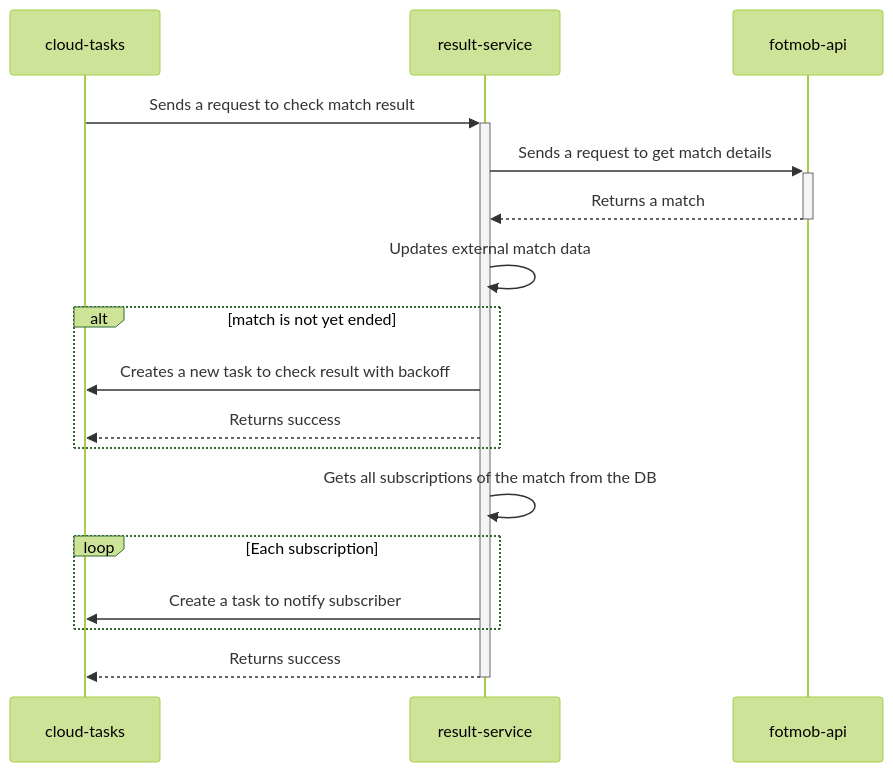
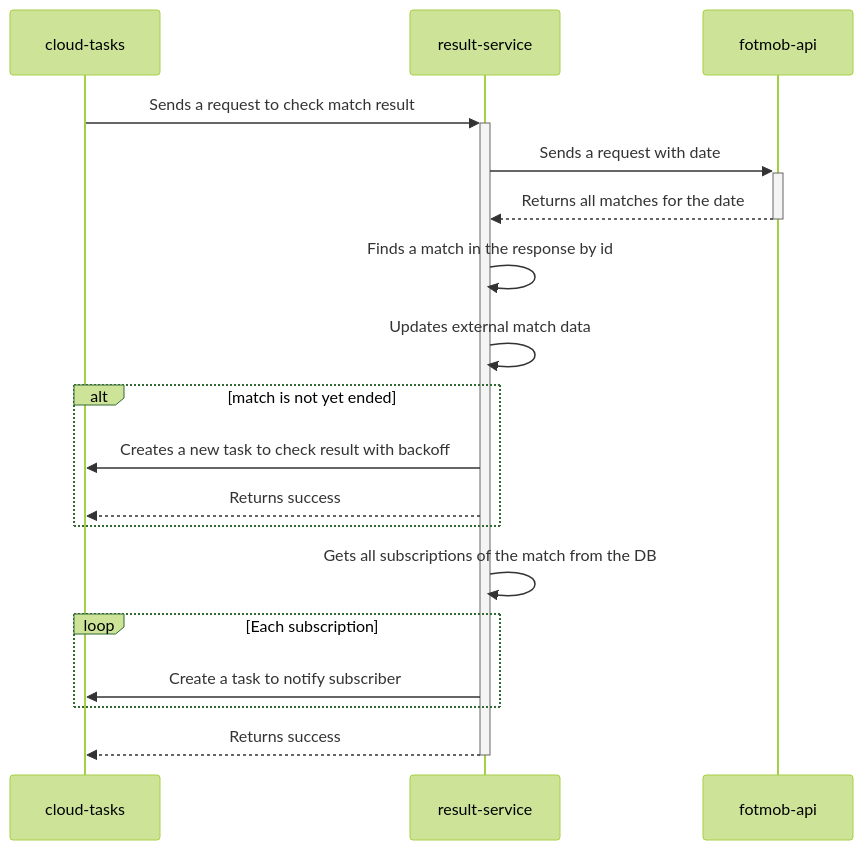
The fifth of 7 diagrams in README.md (andrewshostak/result-service), drawn with Mermaid (forest theme) before and after one commit. The commit also changed other lines of this file and 4 other files, not shown here.

Commit message:
Update readme: do not need to get match by id

````diff
--- a/README.md
+++ b/README.md
@@ -174,19 +174,20 @@
 ```mermaid
 sequenceDiagram
     participant CloudTasks as cloud-tasks
     participant ResultService as result-service
     participant Fotmob as fotmob-api
     CloudTasks->>+ResultService: Sends a request to check match result
-    ResultService->>+Fotmob: Sends a request to get match details
-    Fotmob-->>-ResultService: Returns a match
+    ResultService->>+Fotmob: Sends a request with date
+    Fotmob-->>-ResultService: Returns all matches for the date
+    ResultService->>ResultService: Finds a match in the response by id
     ResultService->>ResultService: Updates external match data
     alt match is not yet ended
         ResultService->>CloudTasks: Creates a new task to check result with backoff
         ResultService-->>CloudTasks: Returns success
     end
     ResultService->>ResultService: Gets all subscriptions of the match from the DB 
     loop Each subscription
         ResultService->>CloudTasks: Create a task to notify subscriber
     end
     ResultService-->>-CloudTasks: Returns success
 ```
````
